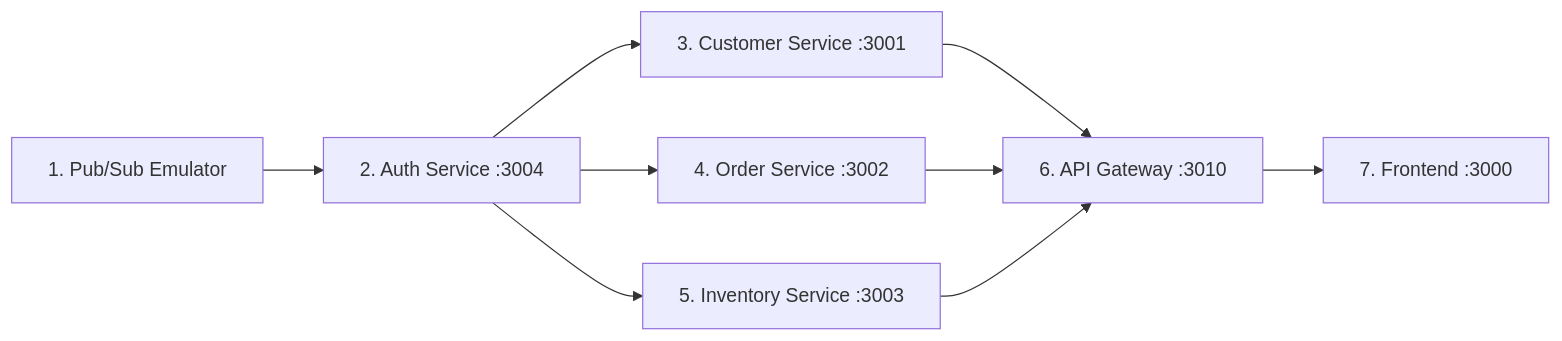
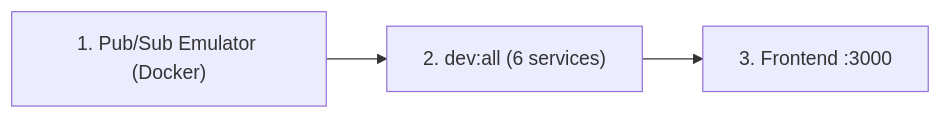
Before and after one commit to ndmthuan97/ERP-Prototype-Example: the diagram in docs/development/getting-started.md, drawn with Mermaid. The commit also changed other lines of this file and 160 other files, not shown here.

Commit message:
feat: initialize ERP prototype project architecture, backend microservices, and frontend foundations with extensive documentation

````diff
--- a/docs/development/getting-started.md
+++ b/docs/development/getting-started.md
@@ -176,11 +261,5 @@
 ```mermaid
 flowchart LR
-    A["1. Pub/Sub Emulator"] --> B["2. Auth Service :3004"]
-    B --> C["3. Customer Service :3001"]
-    B --> D["4. Order Service :3002"]
-    B --> E["5. Inventory Service :3003"]
-    C --> F["6. API Gateway :3010"]
-    D --> F
-    E --> F
-    F --> G["7. Frontend :3000"]
+    A["1. Pub/Sub Emulator (Docker)"] --> B["2. dev:all (6 services)"]
+    B --> C["3. Frontend :3000"]
 ```
````
